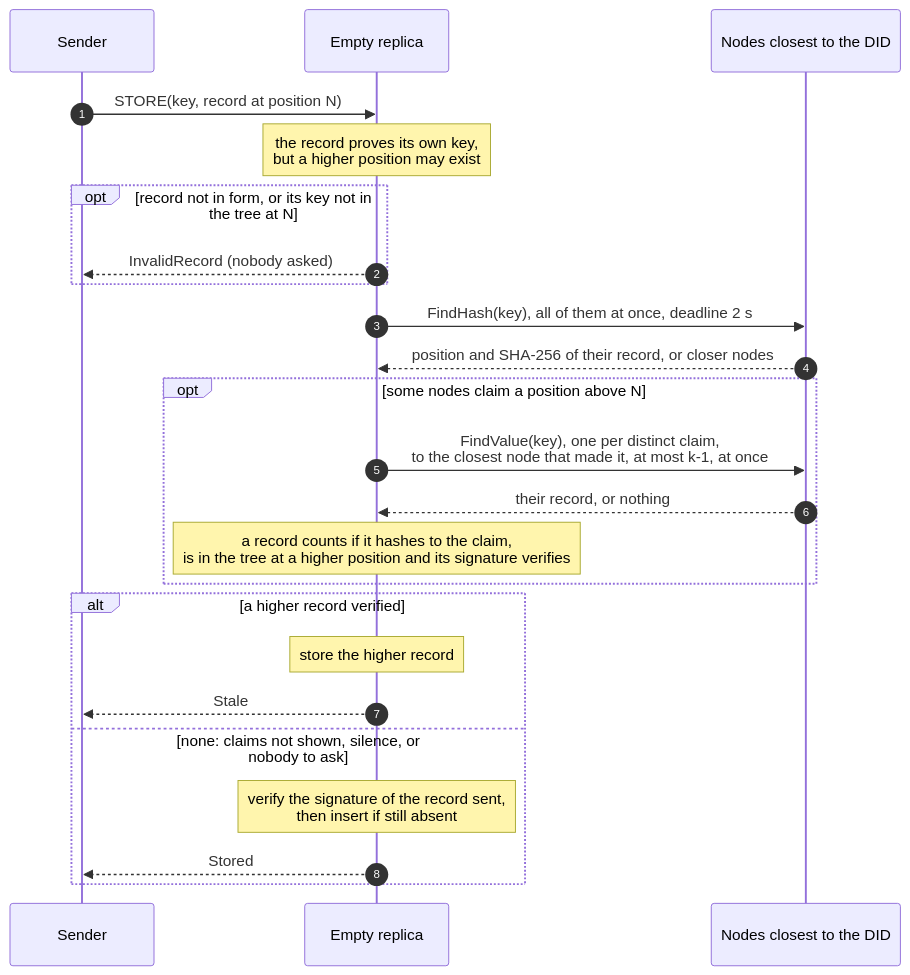
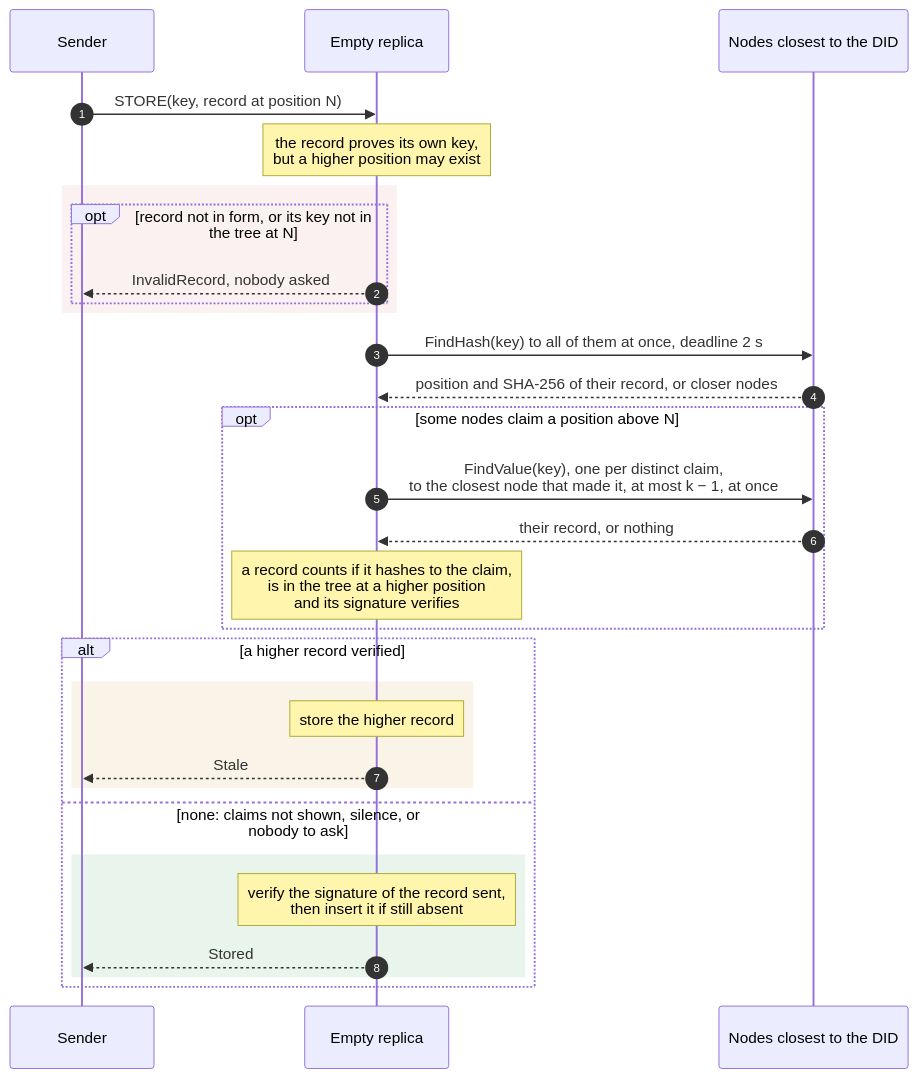
Before and after one commit to fratrung/auth-kademlia-rs: the diagram in docs/design/store-check.mmd, drawn with Mermaid. The commit also changed 28 other files, not shown here.

```diff
--- a/docs/design/store-check.mmd
+++ b/docs/design/store-check.mmd
@@ -1,24 +1,30 @@
 sequenceDiagram
     autonumber
     participant S as Sender
     participant R as Empty replica
     participant C as Nodes closest to the DID
     S->>R: STORE(key, record at position N)
     Note over R: the record proves its own key,<br/>but a higher position may exist
+    rect rgba(192, 57, 43, 0.07)
     opt record not in form, or its key not in the tree at N
-        R-->>S: InvalidRecord (nobody asked)
+        R-->>S: InvalidRecord, nobody asked
     end
-    R->>C: FindHash(key), all of them at once, deadline 2 s
+    end
+    R->>C: FindHash(key) to all of them at once, deadline 2 s
     C-->>R: position and SHA-256 of their record, or closer nodes
     opt some nodes claim a position above N
-        R->>C: FindValue(key), one per distinct claim,<br/>to the closest node that made it, at most k-1, at once
+        R->>C: FindValue(key), one per distinct claim,<br/>to the closest node that made it, at most k − 1, at once
         C-->>R: their record, or nothing
-        Note over R: a record counts if it hashes to the claim,<br/>is in the tree at a higher position and its signature verifies
+        Note over R: a record counts if it hashes to the claim,<br/>is in the tree at a higher position<br/>and its signature verifies
     end
     alt a higher record verified
+        rect rgba(201, 138, 27, 0.10)
         Note over R: store the higher record
         R-->>S: Stale
+        end
     else none: claims not shown, silence, or nobody to ask
-        Note over R: verify the signature of the record sent,<br/>then insert if still absent
+        rect rgba(47, 143, 78, 0.10)
+        Note over R: verify the signature of the record sent,<br/>then insert it if still absent
         R-->>S: Stored
+        end
     end
```
